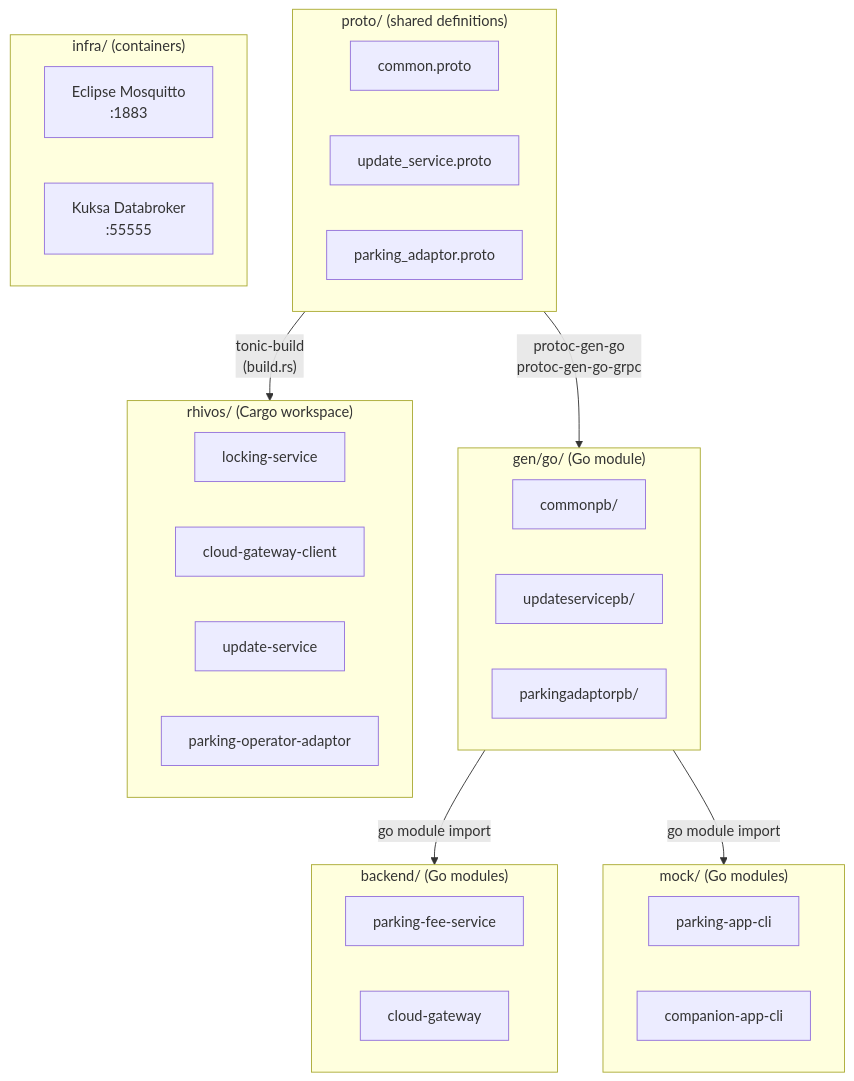
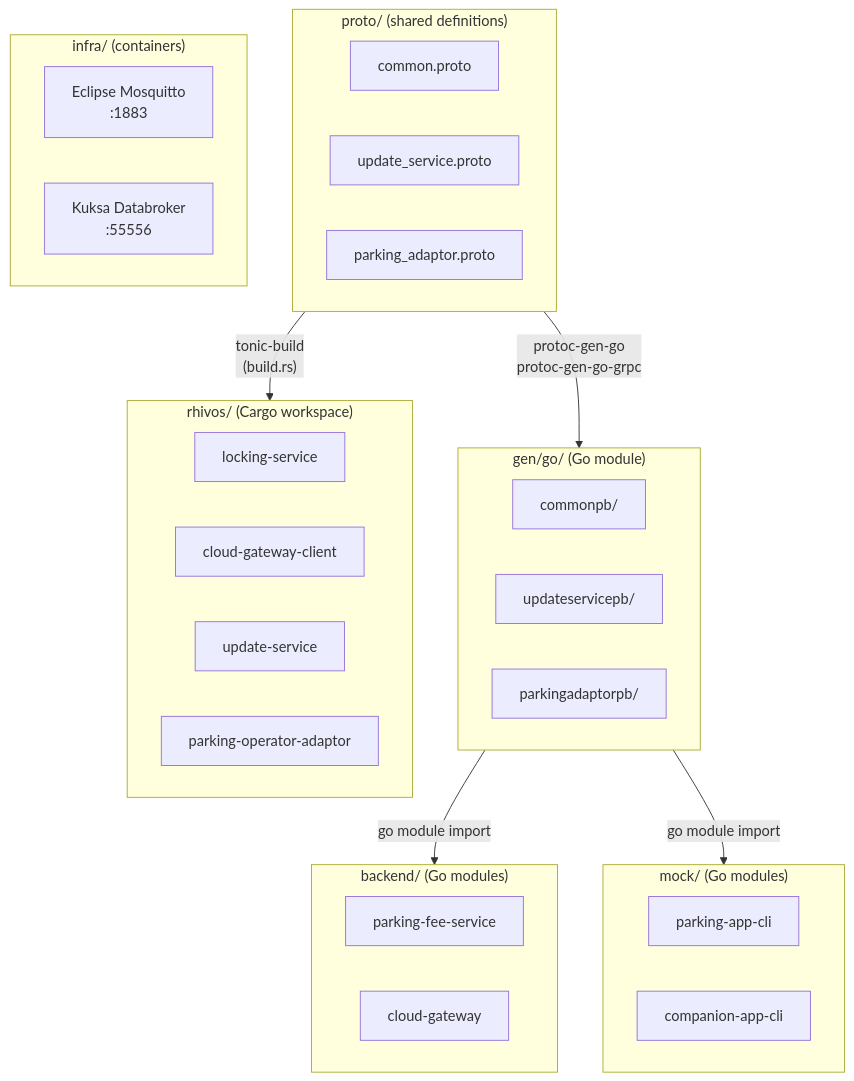
Before and after one commit to rhadp/parking-fee-service: the first of 2 diagrams in .specs/01_project_setup/design.md, drawn with Mermaid. The commit also changed other lines of this file and 11 other files, not shown here.

````diff
--- a/.specs/01_project_setup/design.md
+++ b/.specs/01_project_setup/design.md
@@ -14,41 +14,41 @@
 ```mermaid
 flowchart TD
     subgraph Proto["proto/ (shared definitions)"]
         common["common.proto"]
         update["update_service.proto"]
         adaptor["parking_adaptor.proto"]
     end
 
     subgraph GenGo["gen/go/ (Go module)"]
         commonpb["commonpb/"]
         updatepb["updateservicepb/"]
         adaptorpb["parkingadaptorpb/"]
     end
 
     subgraph Rust["rhivos/ (Cargo workspace)"]
         ls["locking-service"]
         cgc["cloud-gateway-client"]
         us["update-service"]
         poa["parking-operator-adaptor"]
     end
 
     subgraph Backend["backend/ (Go modules)"]
         pfs["parking-fee-service"]
         cg["cloud-gateway"]
     end
 
     subgraph Mock["mock/ (Go modules)"]
         mpac["parking-app-cli"]
         mcac["companion-app-cli"]
     end
 
     subgraph Infra["infra/ (containers)"]
         mosquitto["Eclipse Mosquitto\n:1883"]
-        kuksa["Kuksa Databroker\n:55555"]
+        kuksa["Kuksa Databroker\n:55556"]
     end
 
     Proto -->|"protoc-gen-go\nprotoc-gen-go-grpc"| GenGo
     Proto -->|"tonic-build\n(build.rs)"| Rust
     GenGo -->|"go module import"| Backend
     GenGo -->|"go module import"| Mock
 ```
````
